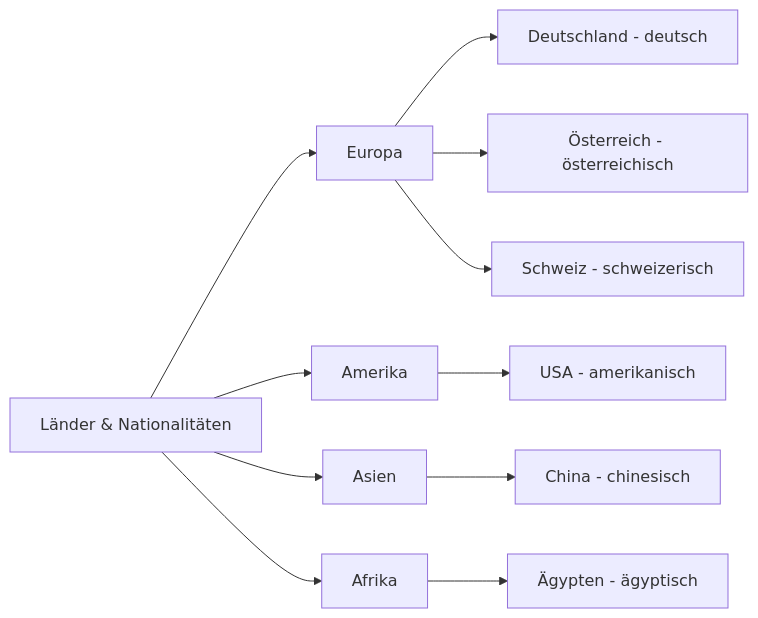
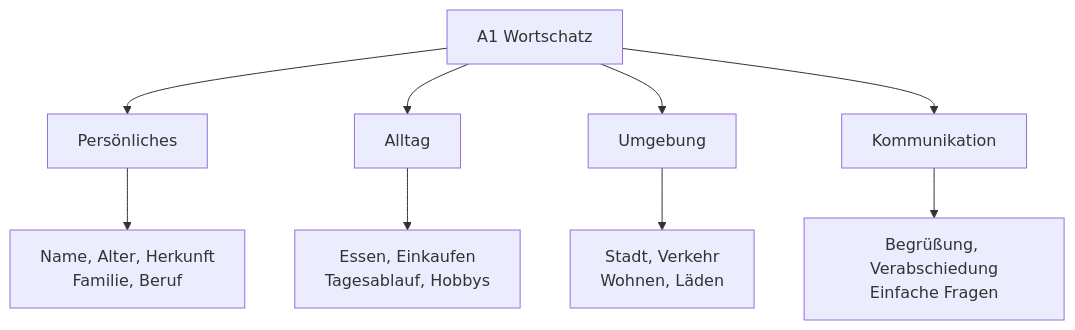
The first of 3 diagrams in docs/niveau/a1/wortschatz.md (wulfnb/german), drawn with Mermaid before and after one commit. The commit also changed other lines of this file and 20 other files, not shown here.

````diff
--- a/docs/niveau/a1/wortschatz.md
+++ b/docs/niveau/a1/wortschatz.md
@@ -42,14 +8,12 @@
 ```mermaid
-graph LR
-    A[Länder & Nationalitäten] --> B[Europa]
-    A --> C[Amerika]
-    A --> D[Asien]
-    A --> E[Afrika]
+graph TD
+    A[A1 Wortschatz] --> B[Persönliches]
+    A --> C[Alltag]
+    A --> D[Umgebung]
+    A --> E[Kommunikation]
     
-    B --> B1[Deutschland - deutsch]
-    B --> B2[Österreich - österreichisch]
-    B --> B3[Schweiz - schweizerisch]
-    C --> C1[USA - amerikanisch]
-    D --> D1[China - chinesisch]
-    E --> E1[Ägypten - ägyptisch]
+    B --> B1[Name, Alter, Herkunft<br/>Familie, Beruf]
+    C --> C1[Essen, Einkaufen<br/>Tagesablauf, Hobbys]
+    D --> D1[Stadt, Verkehr<br/>Wohnen, Läden]
+    E --> E1[Begrüßung, Verabschiedung<br/>Einfache Fragen]
 ```
````
